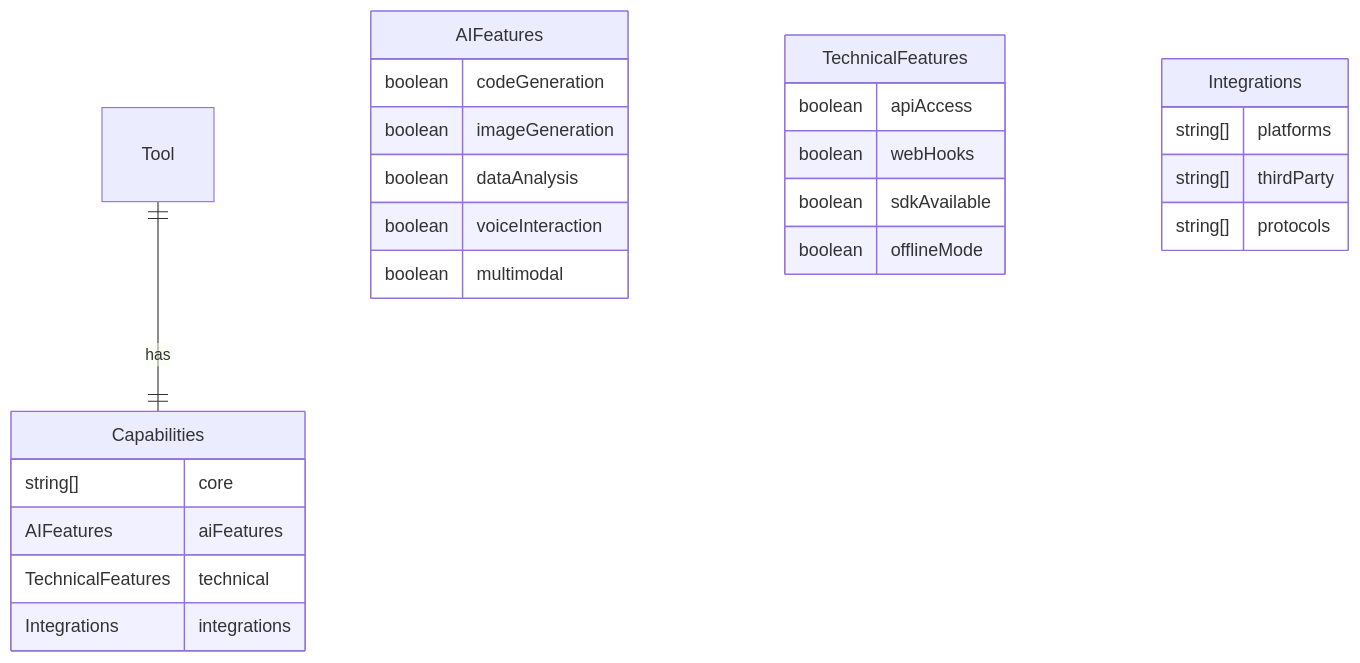
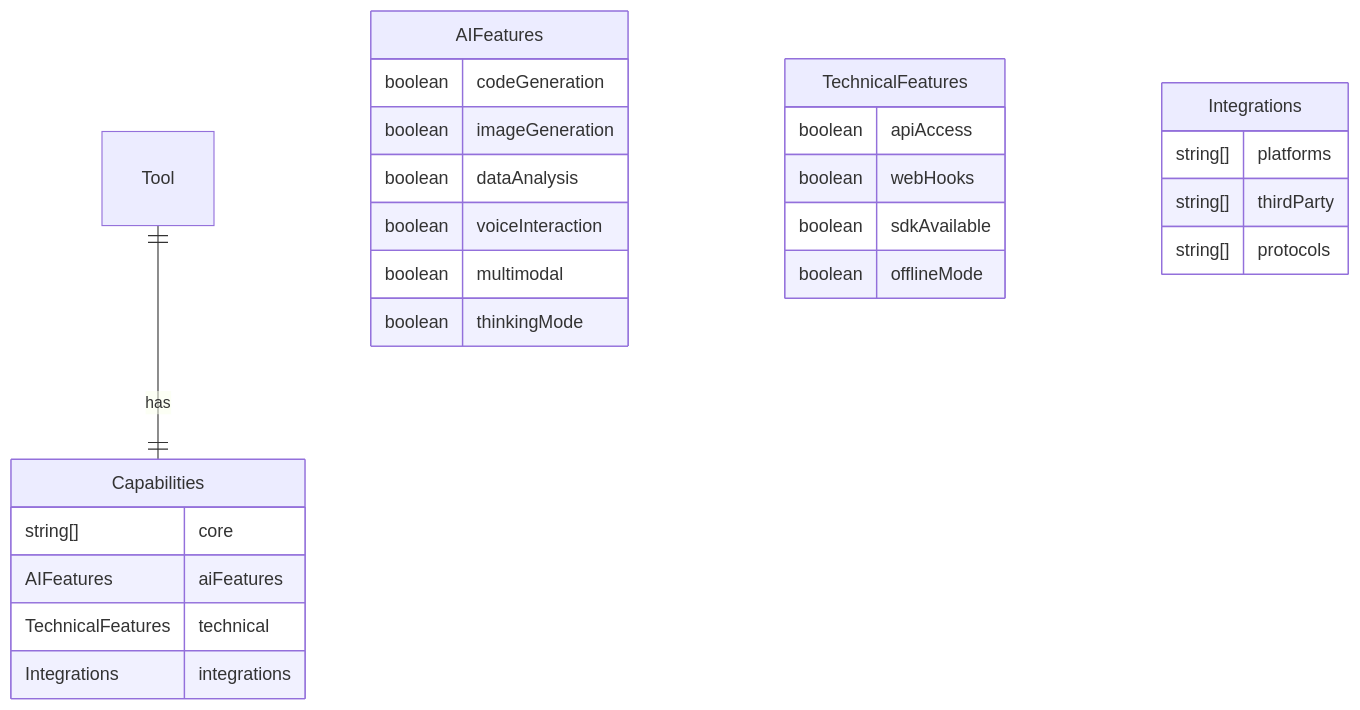
Before and after one commit to foyzulkarim/codiesvibe: the third of 4 diagrams in specs/007-enhance-seed-data/data-model.md, drawn with Mermaid. The commit also changed other lines of this file and 5 other files, not shown here.

````diff
--- a/specs/007-enhance-seed-data/data-model.md
+++ b/specs/007-enhance-seed-data/data-model.md
@@ -96,28 +91,29 @@
 ```mermaid
 erDiagram
     Tool ||--|| Capabilities : has
     Capabilities {
         string[] core
         AIFeatures aiFeatures
         TechnicalFeatures technical
         Integrations integrations
     }
     AIFeatures {
         boolean codeGeneration
         boolean imageGeneration
         boolean dataAnalysis
         boolean voiceInteraction
         boolean multimodal
+        boolean thinkingMode
     }
     TechnicalFeatures {
         boolean apiAccess
         boolean webHooks
         boolean sdkAvailable
         boolean offlineMode
     }
     Integrations {
         string[] platforms
         string[] thirdParty
         string[] protocols
     }
 ```
````
